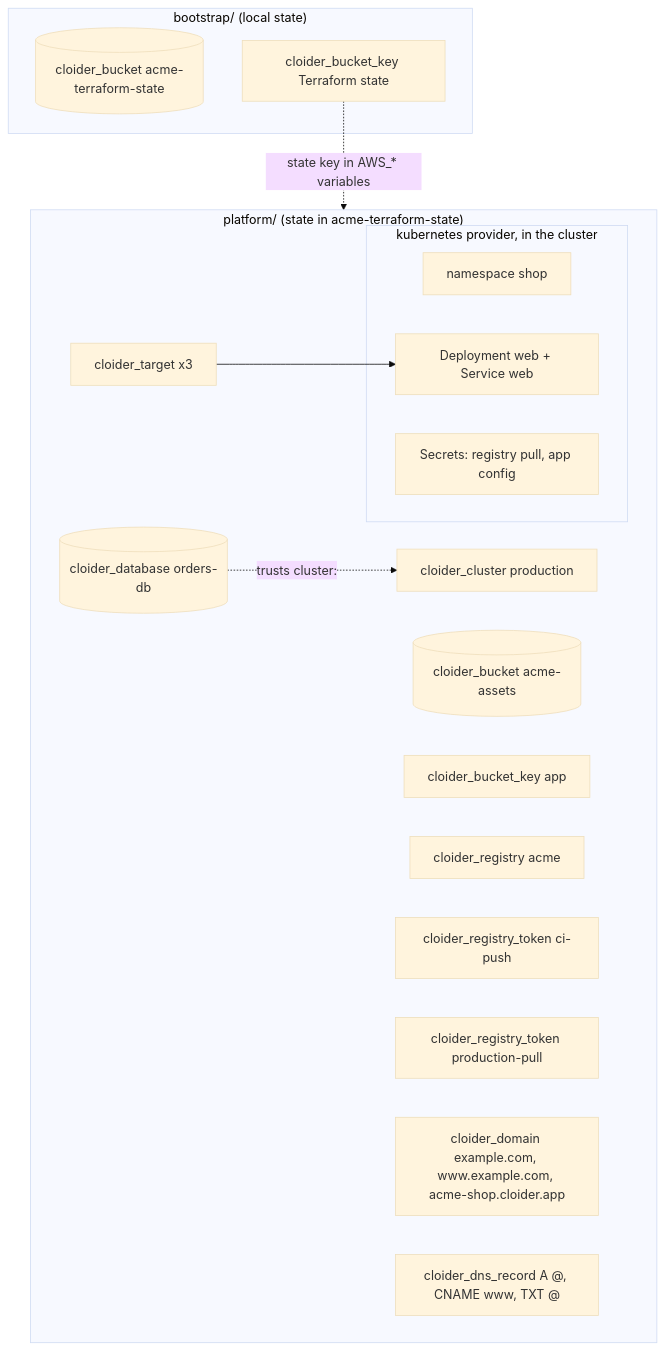
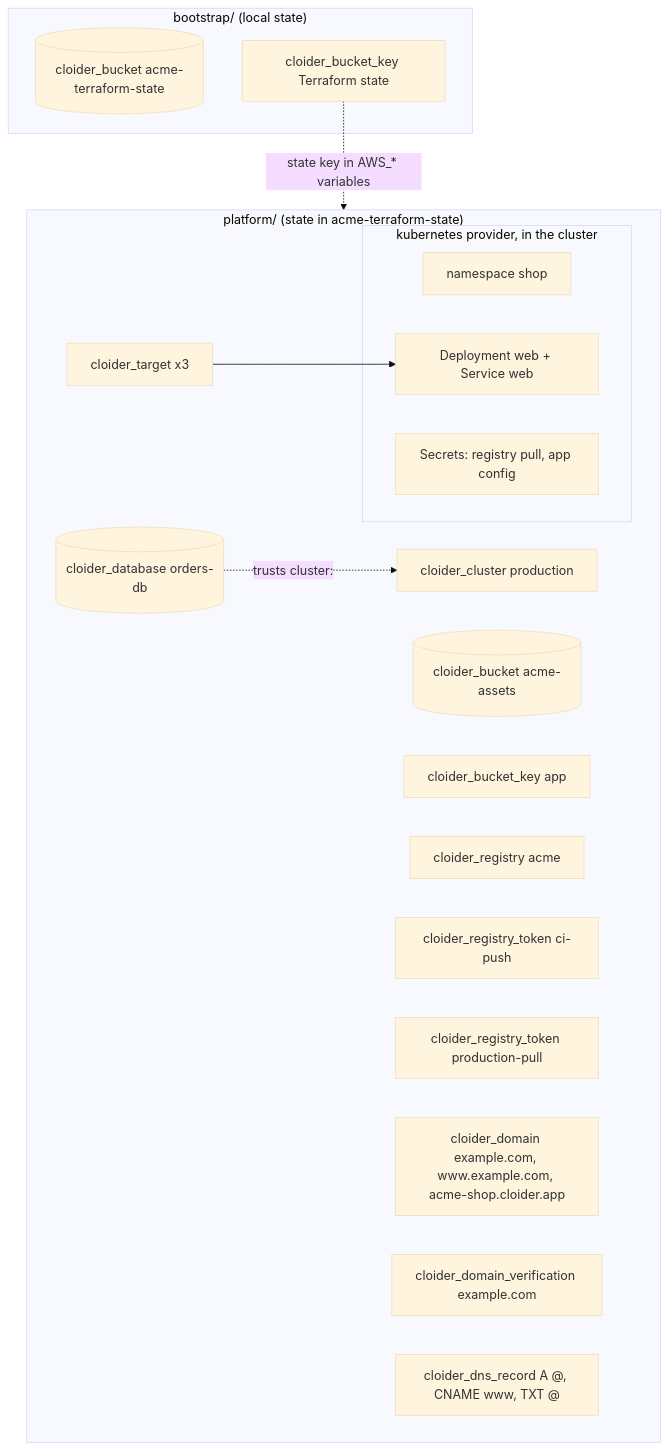
Before and after one commit to cloider/docs: the diagram in docs/guides/infrastructure-as-code-with-terraform.mdx, drawn with Mermaid (base theme). The commit also changed other lines of this file and 64 other files, not shown here.

````diff
--- a/docs/guides/infrastructure-as-code-with-terraform.mdx
+++ b/docs/guides/infrastructure-as-code-with-terraform.mdx
@@ -35,27 +35,28 @@
 ```mermaid
 flowchart TB
   subgraph bootstrap["bootstrap/ (local state)"]
     sb[("cloider_bucket acme-terraform-state")]
     sk["cloider_bucket_key Terraform state"]
   end
   subgraph platform["platform/ (state in acme-terraform-state)"]
     cl["cloider_cluster production"]
     db[("cloider_database orders-db")]
     bk[("cloider_bucket acme-assets")]
     bkk["cloider_bucket_key app"]
     rg["cloider_registry acme"]
     rtp["cloider_registry_token ci-push"]
     rtl["cloider_registry_token production-pull"]
     dm["cloider_domain example.com, www.example.com, acme-shop.cloider.app"]
+    dv["cloider_domain_verification example.com"]
     dr["cloider_dns_record A @, CNAME www, TXT @"]
     tg["cloider_target x3"]
     subgraph k8s["kubernetes provider, in the cluster"]
       ns["namespace shop"]
       sec["Secrets: registry pull, app config"]
       dep["Deployment web + Service web"]
     end
   end
   sk -.->|"state key in AWS_* variables"| platform
   db -.->|"trusts cluster:<id>"| cl
   tg --> dep
 ```
````
